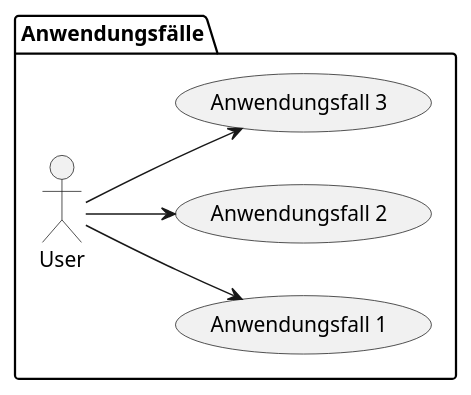
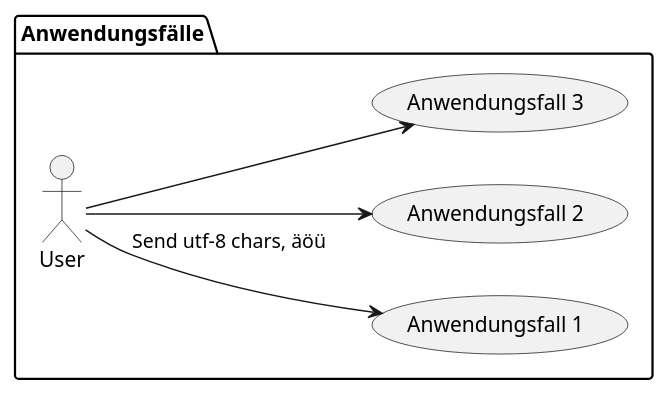
The second of 3 diagrams in test-doc/03_part2.md (novarx/auto-pandoc), drawn with PlantUML before and after one commit. The commit also changed 1 other file, not shown here.

Commit message:
Fix #14 - Update pandoc-plantuml-filter.py, call plantuml with charset argument (UTF-8) - Update test-doc

````diff
--- a/test-doc/03_part2.md
+++ b/test-doc/03_part2.md
@@ -15,8 +15,8 @@
 ```plantuml
 package "Anwendungsfälle" {
   left to right direction
-  :User: --> (Anwendungsfall 1)
+  :User: --> (Anwendungsfall 1) : Send utf-8 chars, äöü
   :User: --> (Anwendungsfall 2)
   :User: --> (Anwendungsfall 3)
 }
 ```
````
